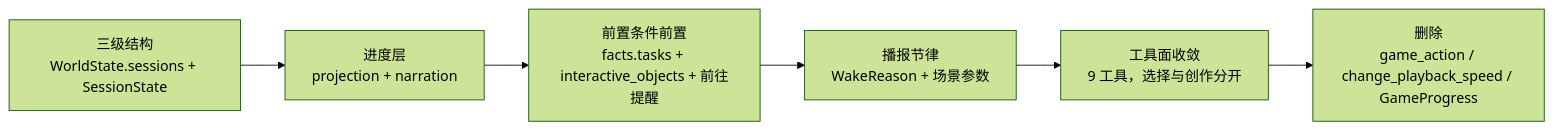
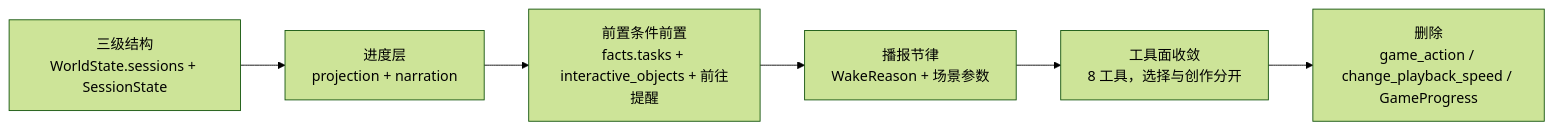
One commit to HoldThatThgt/WorldMock changed the fifth of 5 diagrams in docs/dev/SPEC-agent-interaction.md. Above: the diagram before and after it, drawn with Mermaid (forest theme). The commit also changed other lines of this file and 28 other files, not shown here.

````diff
--- a/docs/dev/SPEC-agent-interaction.md
+++ b/docs/dev/SPEC-agent-interaction.md
@@ -521,8 +520,8 @@
 ```mermaid
 flowchart LR
     A["三级结构<br/>WorldState.sessions + SessionState"] --> B["进度层<br/>projection + narration"]
     B --> C["前置条件前置<br/>facts.tasks + interactive_objects + 前往提醒"]
     C --> D["播报节律<br/>WakeReason + 场景参数"]
-    D --> E["工具面收敛<br/>9 工具，选择与创作分开"]
+    D --> E["工具面收敛<br/>8 工具，选择与创作分开"]
     E --> F["删除<br/>game_action / change_playback_speed / GameProgress"]
 ```
````
